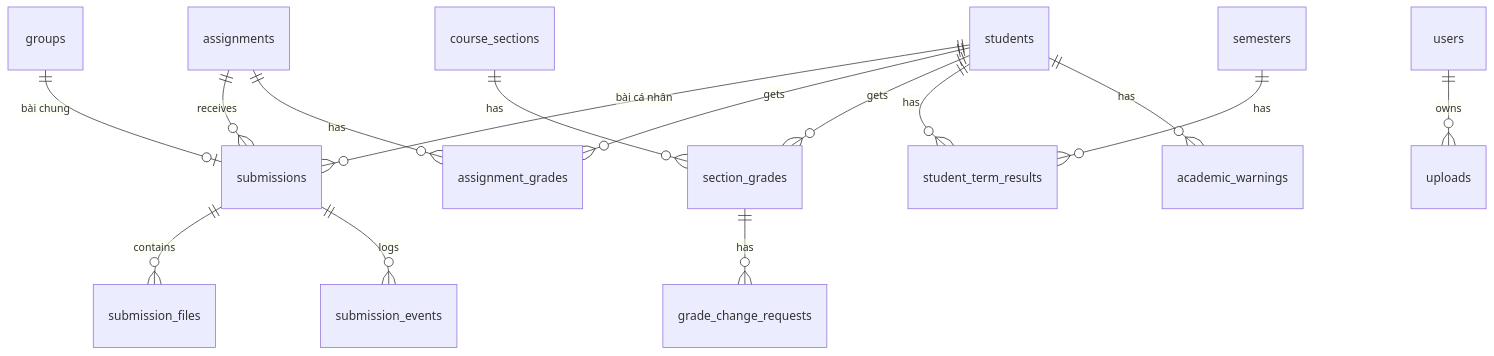
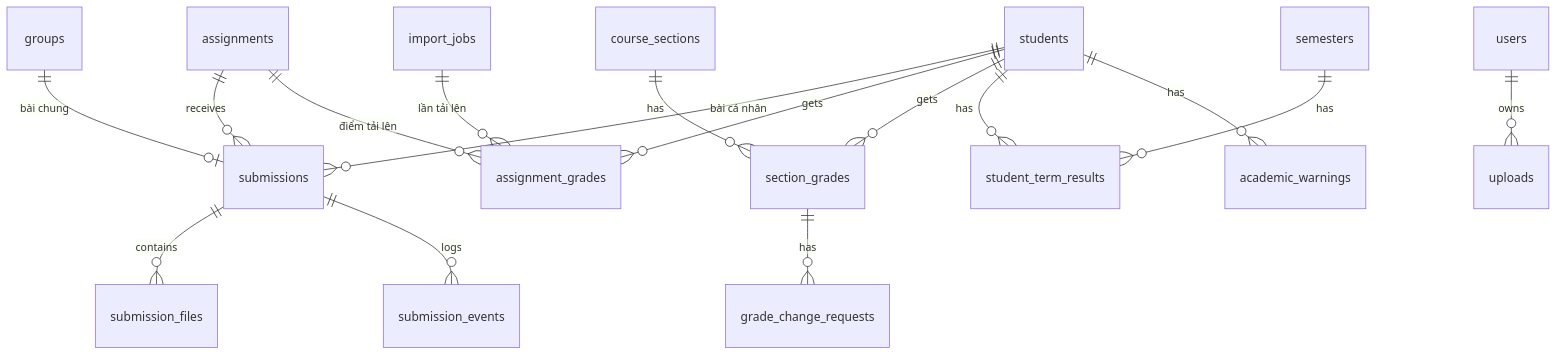
The third of 4 diagrams in docs/DatabaseDesign.md (Tuaanss/-ATN), drawn with Mermaid before and after one commit. The commit also changed other lines of this file and 165 other files, not shown here.

````diff
--- a/docs/DatabaseDesign.md
+++ b/docs/DatabaseDesign.md
@@ -74,17 +75,18 @@
 ```mermaid
 erDiagram
   assignments ||--o{ submissions : receives
   groups ||--o| submissions : "bài chung"
   students ||--o{ submissions : "bài cá nhân"
   submissions ||--o{ submission_files : contains
   submissions ||--o{ submission_events : logs
-  assignments ||--o{ assignment_grades : has
+  assignments ||--o{ assignment_grades : "điểm tải lên"
   students ||--o{ assignment_grades : gets
   course_sections ||--o{ section_grades : has
   students ||--o{ section_grades : gets
   section_grades ||--o{ grade_change_requests : has
   students ||--o{ student_term_results : has
   semesters ||--o{ student_term_results : has
   students ||--o{ academic_warnings : has
+  import_jobs ||--o{ assignment_grades : "lần tải lên"
   users ||--o{ uploads : owns
 ```
````
